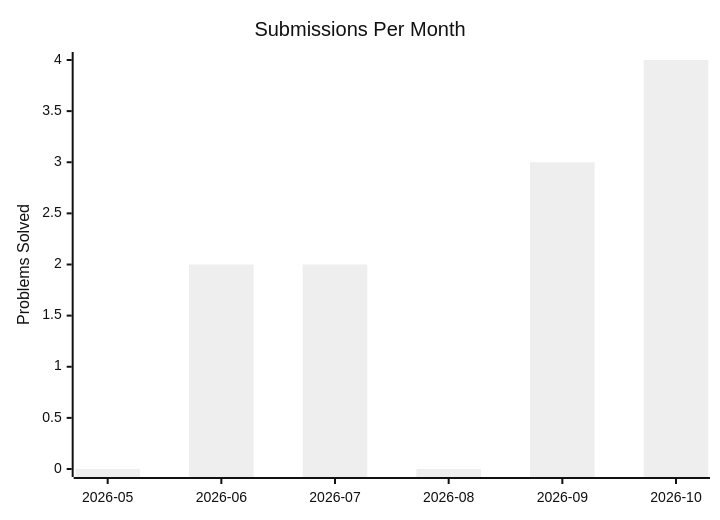
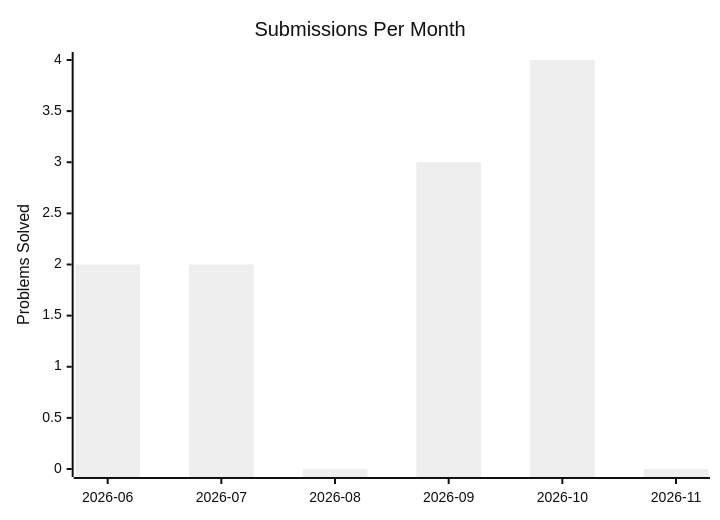
The second of 2 diagrams in PROGRESS.md (kanishk-procoder/leetcode-grind), drawn with Mermaid (neutral theme) before and after one commit. The commit also changed other lines of this file and 4 other files, not shown here.

````diff
--- a/PROGRESS.md
+++ b/PROGRESS.md
@@ -12,7 +12,7 @@
 ```mermaid
 xychart-beta
     title "Submissions Per Month"
-    x-axis ["2026-05", "2026-06", "2026-07", "2026-08", "2026-09", "2026-10"]
+    x-axis ["2026-06", "2026-07", "2026-08", "2026-09", "2026-10", "2026-11"]
     y-axis "Problems Solved" 0 --> 4
-    bar [0, 2, 2, 0, 3, 4]
+    bar [2, 2, 0, 3, 4, 0]
 ```
````
